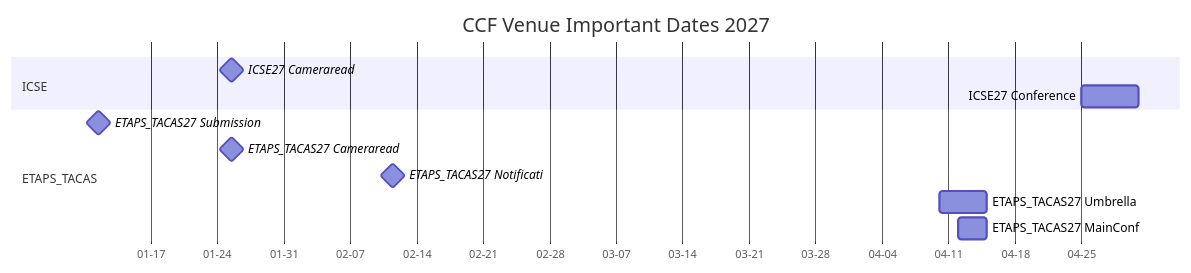
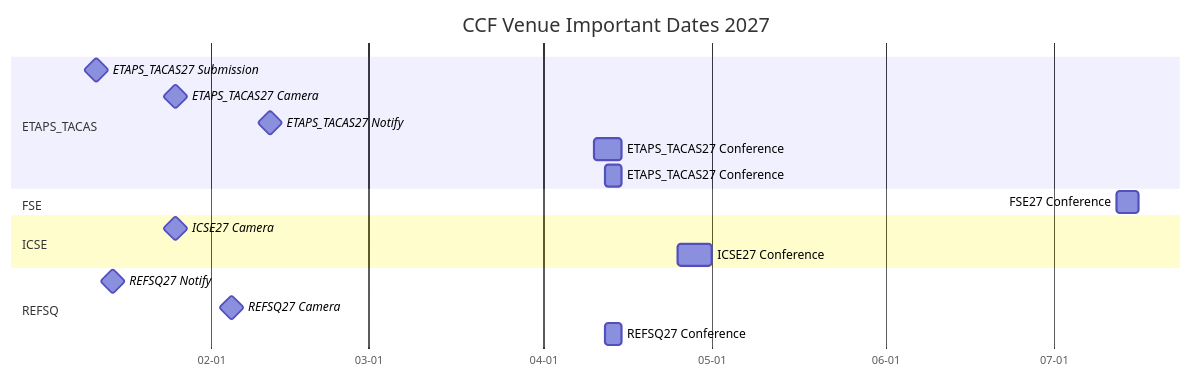
The second of 9 diagrams in ccf_venues/TIMELINE.md (HansBug/research_ideas), drawn with Mermaid before and after one commit. The commit also changed other lines of this file and 43 other files, not shown here.

````diff
--- a/ccf_venues/TIMELINE.md
+++ b/ccf_venues/TIMELINE.md
@@ -107,18 +114,26 @@
 ```mermaid
 gantt
   title CCF Venue Important Dates 2027
   dateFormat YYYY-MM-DD
   axisFormat %m-%d
 
+  section ETAPS_TACAS
+  ETAPS_TACAS27 Submission :milestone, etaps_tacas_2027_1_20270111, 2027-01-11, 1d
+  ETAPS_TACAS27 Camera :milestone, etaps_tacas_2027_2_20270125, 2027-01-25, 1d
+  ETAPS_TACAS27 Notify :milestone, etaps_tacas_2027_3_20270211, 2027-02-11, 1d
+  ETAPS_TACAS27 Conference :etaps_tacas_2027_4_20270410, 2027-04-10, 2027-04-15
+  ETAPS_TACAS27 Conference :etaps_tacas_2027_5_20270412, 2027-04-12, 2027-04-15
+
+  section FSE
+  FSE27 Conference :fse_2027_1_20270712, 2027-07-12, 2027-07-16
+
   section ICSE
-  ICSE27 Cameraread :milestone, icse2027_1_20270125, 2027-01-25, 1d
-  ICSE27 Conference :icse2027_2_20270425, 2027-04-25, 2027-05-01
+  ICSE27 Camera :milestone, icse_2027_1_20270125, 2027-01-25, 1d
+  ICSE27 Conference :icse_2027_2_20270425, 2027-04-25, 2027-05-01
 
-  section ETAPS_TACAS
-  ETAPS_TACAS27 Submission :milestone, etaps2027_1_20270111, 2027-01-11, 1d
-  ETAPS_TACAS27 Cameraread :milestone, etaps2027_2_20270125, 2027-01-25, 1d
-  ETAPS_TACAS27 Notificati :milestone, etaps2027_3_20270211, 2027-02-11, 1d
-  ETAPS_TACAS27 Umbrella :etaps2027_4_20270410, 2027-04-10, 2027-04-15
-  ETAPS_TACAS27 MainConf :etaps2027_5_20270412, 2027-04-12, 2027-04-15
+  section REFSQ
+  REFSQ27 Notify :milestone, refsq_2027_1_20270114, 2027-01-14, 1d
+  REFSQ27 Camera :milestone, refsq_2027_2_20270204, 2027-02-04, 1d
+  REFSQ27 Conference :refsq_2027_3_20270412, 2027-04-12, 2027-04-15
 
 ```
````
